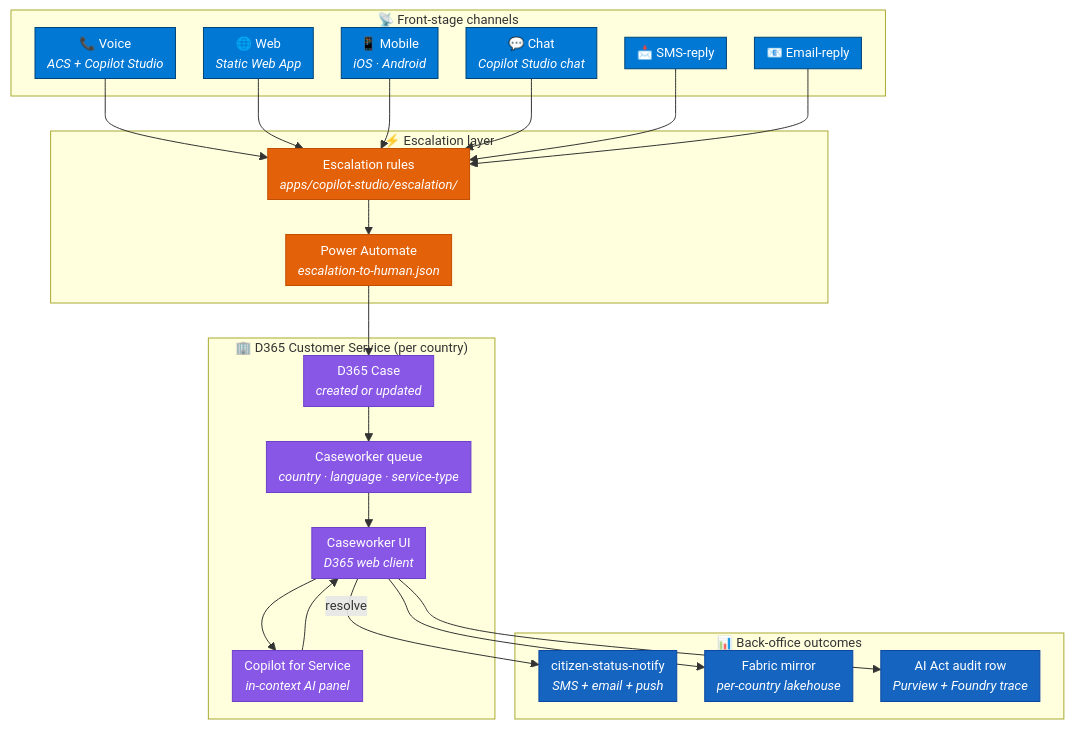
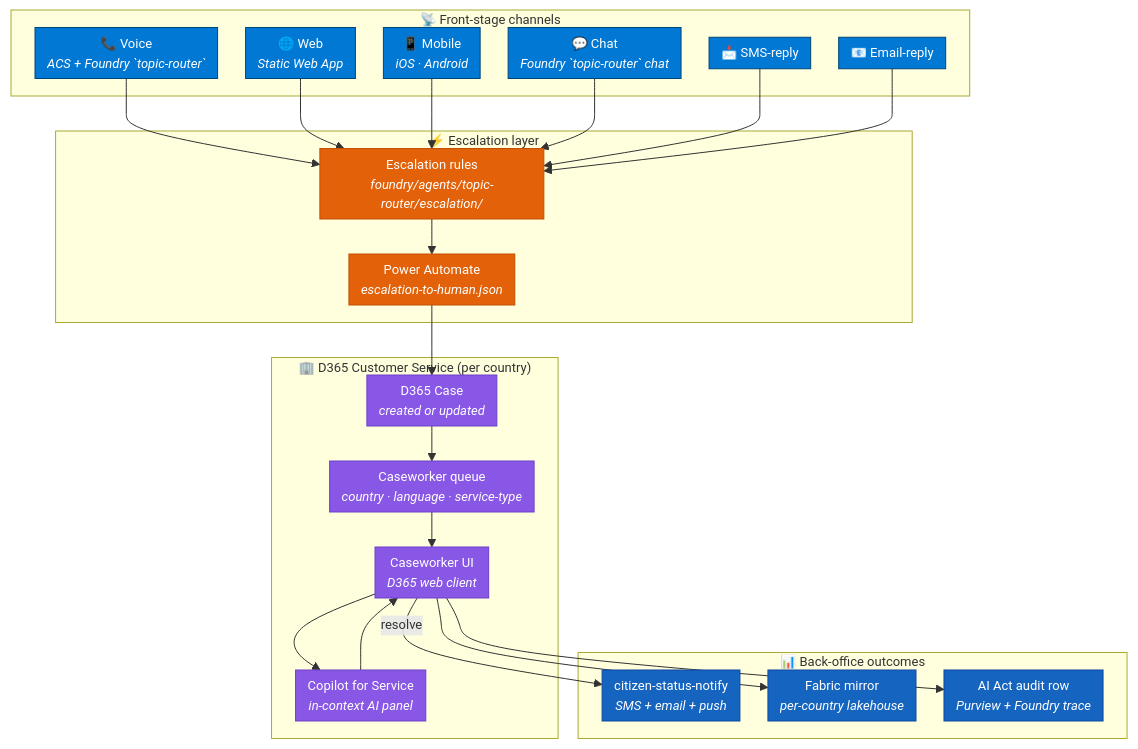
Before and after one commit to fredgis/UDCSP: the first of 4 diagrams in docs/biz/caseworker.md, drawn with Mermaid. The commit also changed other lines of this file and 193 other files, not shown here.

````diff
--- a/docs/biz/caseworker.md
+++ b/docs/biz/caseworker.md
@@ -83,47 +86,47 @@
 ```mermaid
 %%{ init: { 'flowchart': { 'nodeSpacing': 28, 'rankSpacing': 35, 'padding': 6 }, 'themeVariables': { 'fontSize': '13px' } } }%%
 flowchart TB
     subgraph FRONT["📡 Front-stage channels"]
-        VOICE["📞 Voice<br/><i>ACS + Copilot Studio</i>"]
+        VOICE["📞 Voice<br/><i>ACS + Foundry `topic-router`</i>"]
         WEB["🌐 Web<br/><i>Static Web App</i>"]
         MOBILE["📱 Mobile<br/><i>iOS · Android</i>"]
-        CHAT["💬 Chat<br/><i>Copilot Studio chat</i>"]
+        CHAT["💬 Chat<br/><i>Foundry `topic-router` chat</i>"]
         SMS["📩 SMS-reply"]
         EMAIL["📧 Email-reply"]
     end
 
     subgraph ESC["⚡ Escalation layer"]
-        RULES["Escalation rules<br/><i>apps/copilot-studio/escalation/</i>"]
+        RULES["Escalation rules<br/><i>foundry/agents/topic-router/escalation/</i>"]
         FLOW["Power Automate<br/><i>escalation-to-human.json</i>"]
     end
 
     subgraph D365["🏢 D365 Customer Service (per country)"]
         CASE["D365 Case<br/><i>created or updated</i>"]
         QUEUE["Caseworker queue<br/><i>country · language · service-type</i>"]
         UI["Caseworker UI<br/><i>D365 web client</i>"]
         CFS["Copilot for Service<br/><i>in-context AI panel</i>"]
     end
 
     subgraph BACK["📊 Back-office outcomes"]
         NOTIFY["citizen-status-notify<br/><i>SMS + email + push</i>"]
         FABRIC["Fabric mirror<br/><i>per-country lakehouse</i>"]
         AUDIT["AI Act audit row<br/><i>Purview + Foundry trace</i>"]
     end
 
     VOICE & WEB & MOBILE & CHAT & SMS & EMAIL --> RULES
     RULES --> FLOW --> CASE --> QUEUE --> UI --> CFS
     CFS --> UI
     UI -->|resolve| NOTIFY
     UI --> FABRIC
     UI --> AUDIT
 
     classDef front fill:#0078d4,stroke:#004578,color:#fff
     classDef esc fill:#e36209,stroke:#c24e00,color:#fff
     classDef d365 fill:#8957e5,stroke:#6e40c9,color:#fff
     classDef back fill:#1565c0,stroke:#0d47a1,color:#fff
 
     class VOICE,WEB,MOBILE,CHAT,SMS,EMAIL front
     class RULES,FLOW esc
     class CASE,QUEUE,UI,CFS d365
     class NOTIFY,FABRIC,AUDIT back
 ```
````
